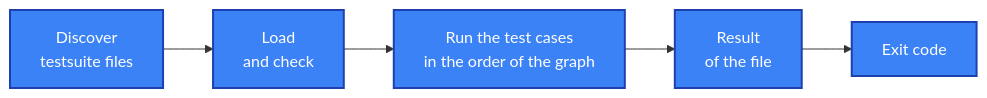
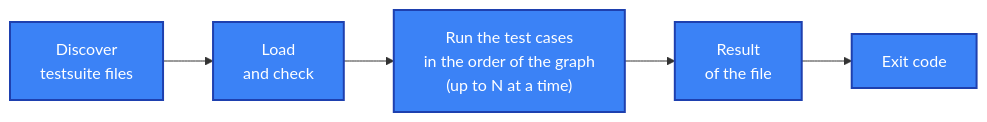
One commit to crossplane-contrib/xprin changed the first of 4 diagrams in docs/architecture.md. Above: the diagram before and after it, drawn with Mermaid. The commit also changed other lines of this file and 7 other files, not shown here.

First line of the commit message:
feat(test): add --parallel to run the test cases at the same time

````diff
--- a/docs/architecture.md
+++ b/docs/architecture.md
@@ -40,10 +42,10 @@
 ```mermaid
 flowchart LR
     A["Discover<br/>testsuite files"] --> B["Load<br/>and check"]
-    B --> C["Run the test cases<br/>in the order of the graph"]
+    B --> C["Run the test cases<br/>in the order of the graph<br/>(up to N at a time)"]
     C --> D["Result<br/>of the file"]
     D --> E["Exit code"]
 
     classDef xprin fill:#3b82f6,stroke:#1e40af,stroke-width:2px,color:#fff
     class A,B,C,D,E xprin
 ```
````
